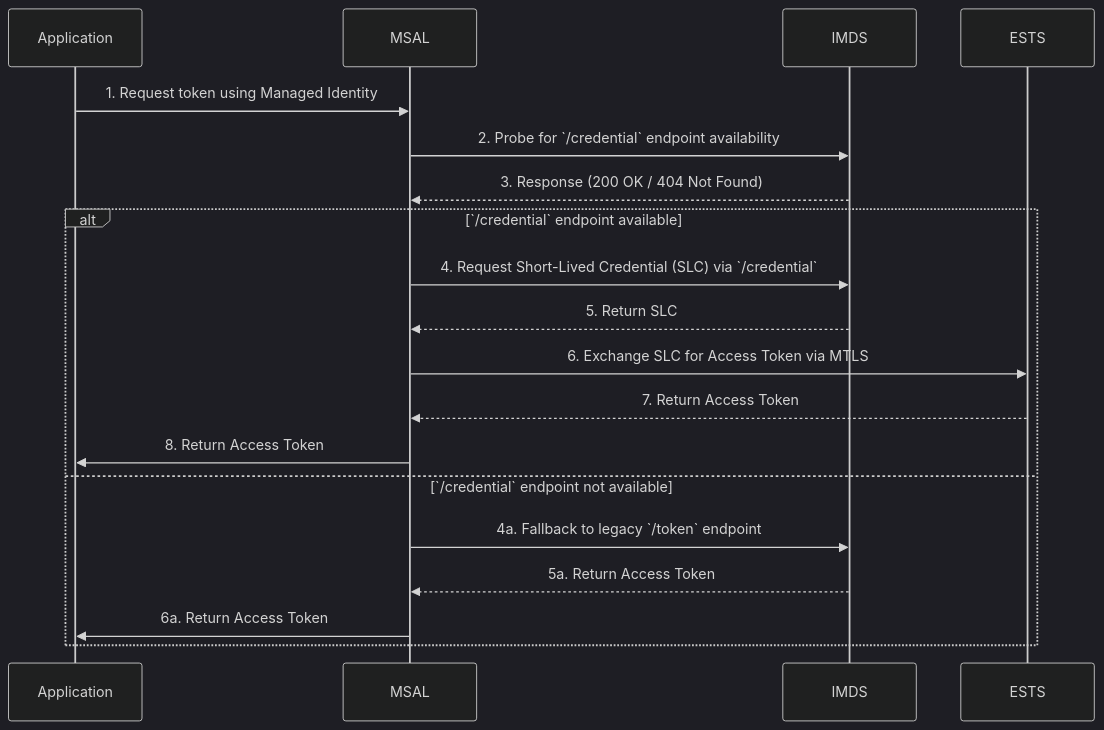
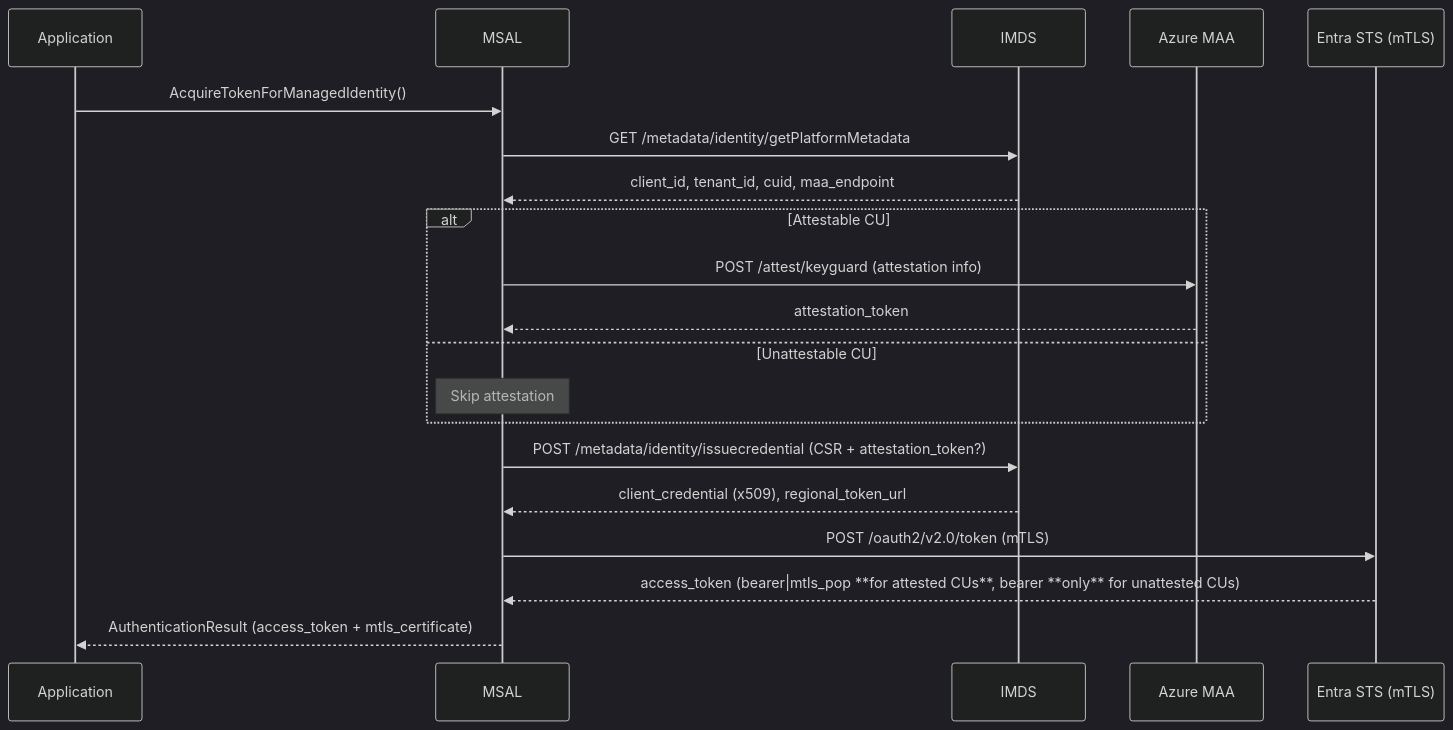
Before and after one commit to AzureAD/microsoft-authentication-library-for-dotnet: the diagram in docs/msi_v2/msi_with_credential_design.md, drawn with Mermaid (dark theme). The commit also changed other lines of this file, not shown here.

````diff
--- a/docs/msi_v2/msi_with_credential_design.md
+++ b/docs/msi_v2/msi_with_credential_design.md
@@ -19,23 +19,26 @@
 ```mermaid
 sequenceDiagram
-    participant Application
+    participant App as Application
     participant MSAL
     participant IMDS
-    participant ESTS
+    participant MAA as Azure MAA
+    participant ESTS as Entra STS (mTLS)
 
-    Application ->> MSAL: 1. Request token using Managed Identity
-    MSAL ->> IMDS: 2. Probe for `/credential` endpoint availability
-    IMDS -->> MSAL: 3. Response (200 OK / 404 Not Found)
+    App  ->> MSAL: AcquireTokenForManagedIdentity()
+    MSAL ->> IMDS: GET /metadata/identity/getPlatformMetadata
+    IMDS -->> MSAL: client_id, tenant_id, cuid, maa_endpoint
 
-    alt `/credential` endpoint available
-        MSAL ->> IMDS: 4. Request Short-Lived Credential (SLC) via `/credential`
-        IMDS -->> MSAL: 5. Return SLC
-        MSAL ->> ESTS: 6. Exchange SLC for Access Token via MTLS
-        ESTS -->> MSAL: 7. Return Access Token
-        MSAL ->> Application: 8. Return Access Token
-    else `/credential` endpoint not available
-        MSAL ->> IMDS: 4a. Fallback to legacy `/token` endpoint
-        IMDS -->> MSAL: 5a. Return Access Token
-        MSAL ->> Application: 6a. Return Access Token
+    alt Attestable CU
+        MSAL ->> MAA: POST /attest/keyguard (attestation info)
+        MAA  -->> MSAL: attestation_token
+    else Unattestable CU
+        Note over MSAL: Skip attestation
     end
+
+    MSAL ->> IMDS: POST /metadata/identity/issuecredential (CSR + attestation_token?)
+    IMDS -->> MSAL: client_credential (x509), regional_token_url
+
+    MSAL ->> ESTS: POST /oauth2/v2.0/token (mTLS)
+    ESTS -->> MSAL: access_token (bearer|mtls_pop **for attested CUs**, bearer **only** for unattested CUs)
+    MSAL -->> App : AuthenticationResult (access_token + mtls_certificate)
 ```
````
